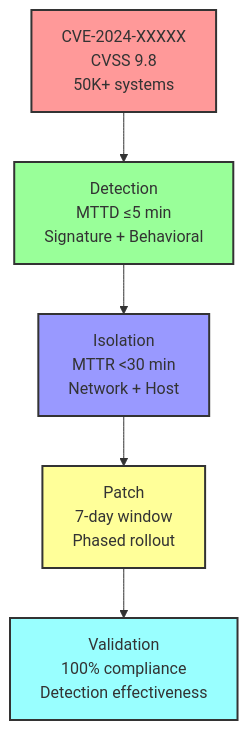
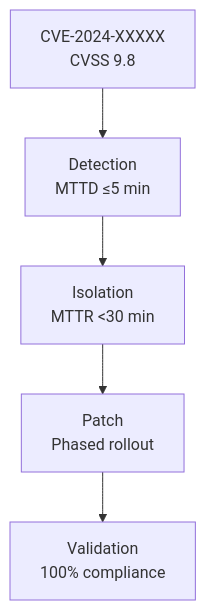
One commit to ljg-cqu/knowledge changed the diagram in Prompts/Career/Security/QA.md. Above: the diagram before and after it, drawn with Mermaid. The commit also changed other lines of this file and 16 other files, not shown here.

````diff
--- a/Prompts/Career/Security/QA.md
+++ b/Prompts/Career/Security/QA.md
@@ -167,13 +160,7 @@
 ```mermaid
 flowchart TD
-    CVE["CVE-2024-XXXXX<br/>CVSS 9.8<br/>50K+ systems"] --> DETECT["Detection<br/>MTTD ≤5 min<br/>Signature + Behavioral"]
-    DETECT --> ISOLATE["Isolation<br/>MTTR <30 min<br/>Network + Host"]
-    ISOLATE --> PATCH["Patch<br/>7-day window<br/>Phased rollout"]
-    PATCH --> VALIDATE["Validation<br/>100% compliance<br/>Detection effectiveness"]
-    
-    style CVE fill:#f99,stroke:#333,stroke-width:2px
-    style DETECT fill:#9f9,stroke:#333,stroke-width:2px
-    style ISOLATE fill:#99f,stroke:#333,stroke-width:2px
-    style PATCH fill:#ff9,stroke:#333,stroke-width:2px
-    style VALIDATE fill:#9ff,stroke:#333,stroke-width:2px
+    CVE["CVE-2024-XXXXX<br/>CVSS 9.8"] --> DETECT["Detection<br/>MTTD ≤5 min"]
+    DETECT --> ISOLATE["Isolation<br/>MTTR <30 min"]
+    ISOLATE --> PATCH["Patch<br/>Phased rollout"]
+    PATCH --> VALIDATE["Validation<br/>100% compliance"]
 ```
````
